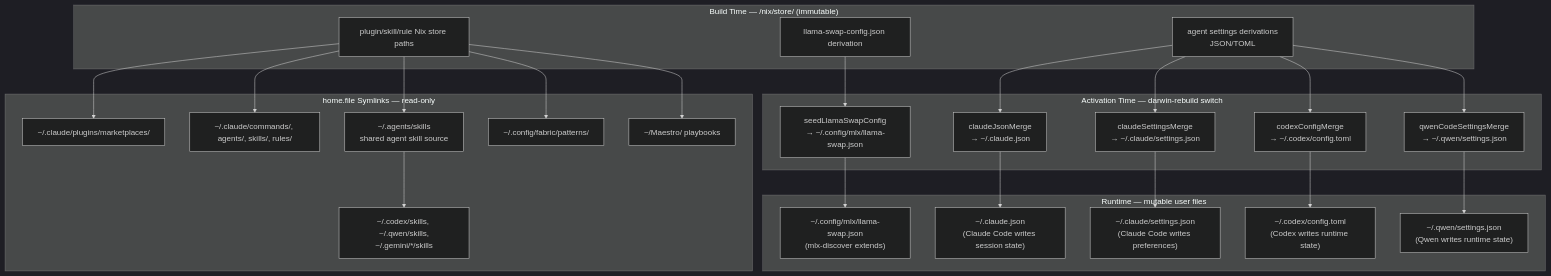
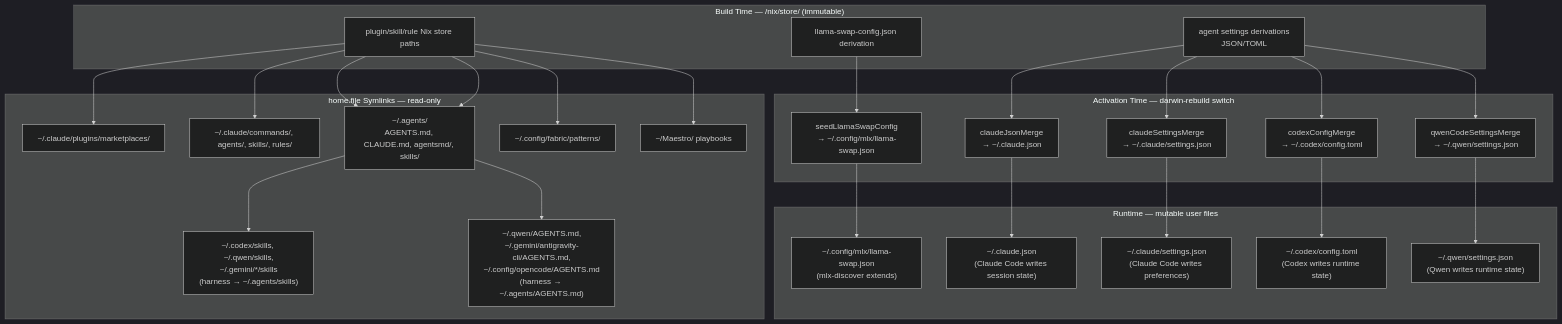
The second of 2 diagrams in docs/architecture/config-lifecycle.md (dryvist/nix-ai), drawn with Mermaid (dark theme) before and after one commit. The commit also changed 6 other files, not shown here.

Commit message:
chore(ai): move AI files from ~/ to ~/.agents/ and extend harness

````diff
--- a/docs/architecture/config-lifecycle.md
+++ b/docs/architecture/config-lifecycle.md
@@ -115,44 +115,46 @@
 ```mermaid
 graph TD
     subgraph BuildTime["Build Time — /nix/store/ (immutable)"]
         NS1["llama-swap-config.json derivation"]
         NS2["agent settings derivations\nJSON/TOML"]
         NS3["plugin/skill/rule Nix store paths"]
     end
 
     subgraph Activation["Activation Time — darwin-rebuild switch"]
         A1["seedLlamaSwapConfig\n→ ~/.config/mlx/llama-swap.json"]
         A2["claudeJsonMerge\n→ ~/.claude.json"]
         A3["claudeSettingsMerge\n→ ~/.claude/settings.json"]
         A4["codexConfigMerge\n→ ~/.codex/config.toml"]
         A5["qwenCodeSettingsMerge\n→ ~/.qwen/settings.json"]
     end
 
     subgraph Runtime["Runtime — mutable user files"]
         R1["~/.config/mlx/llama-swap.json\n(mlx-discover extends)"]
         R2["~/.claude.json\n(Claude Code writes session state)"]
         R3["~/.claude/settings.json\n(Claude Code writes preferences)"]
         R4["~/.codex/config.toml\n(Codex writes runtime state)"]
         R5["~/.qwen/settings.json\n(Qwen writes runtime state)"]
     end
 
     subgraph Symlinks["home.file Symlinks — read-only"]
         S1["~/.claude/plugins/marketplaces/"]
         S2["~/.claude/commands/, agents/, skills/, rules/"]
-        S5["~/.agents/skills\nshared agent skill source"]
-        S6["~/.codex/skills, ~/.qwen/skills,\n~/.gemini/*/skills"]
+        S5["~/.agents/\nAGENTS.md, CLAUDE.md, agentsmd/, skills/"]
+        S6["~/.codex/skills, ~/.qwen/skills,\n~/.gemini/*/skills\n(harness → ~/.agents/skills)"]
+        S7["~/.qwen/AGENTS.md,\n~/.gemini/antigravity-cli/AGENTS.md,\n~/.config/opencode/AGENTS.md\n(harness → ~/.agents/AGENTS.md)"]
         S3["~/.config/fabric/patterns/"]
         S4["~/Maestro/ playbooks"]
     end
 
     NS1 --> A1 --> R1
     NS2 --> A2 --> R2
     NS2 --> A3 --> R3
     NS2 --> A4 --> R4
     NS2 --> A5 --> R5
     NS3 --> S1
     NS3 --> S2
     NS3 --> S5 --> S6
+    NS3 --> S5 --> S7
     NS3 --> S3
     NS3 --> S4
 ```
````
